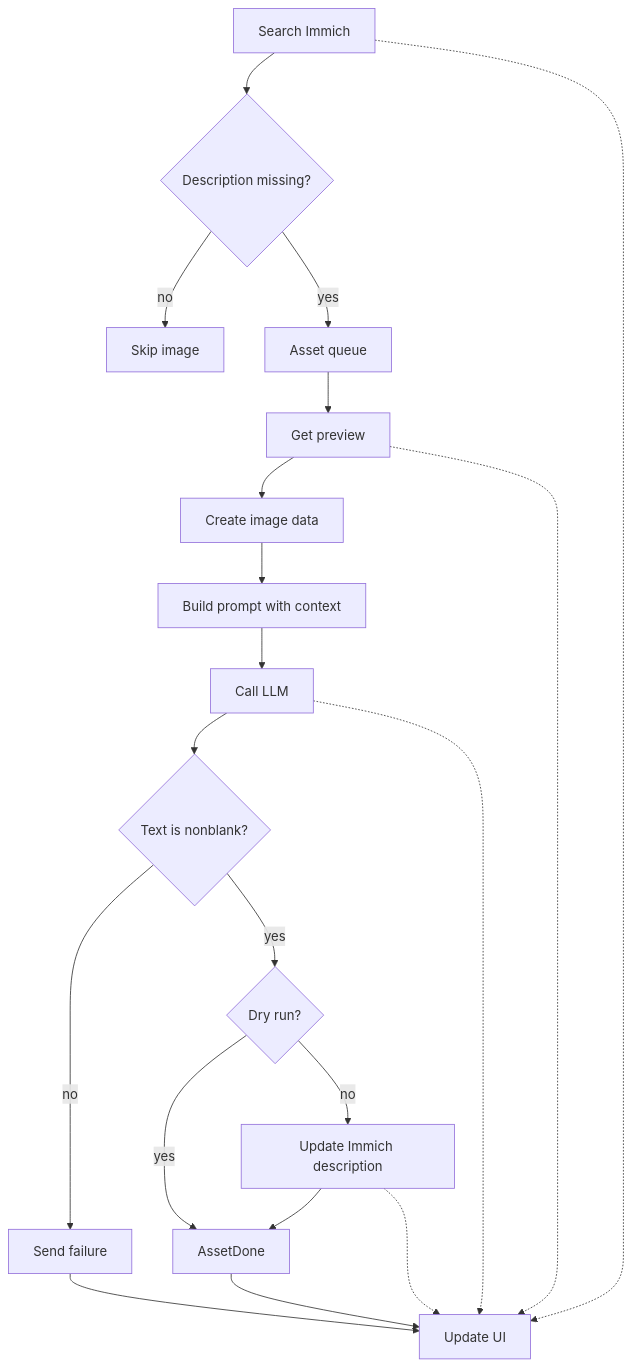
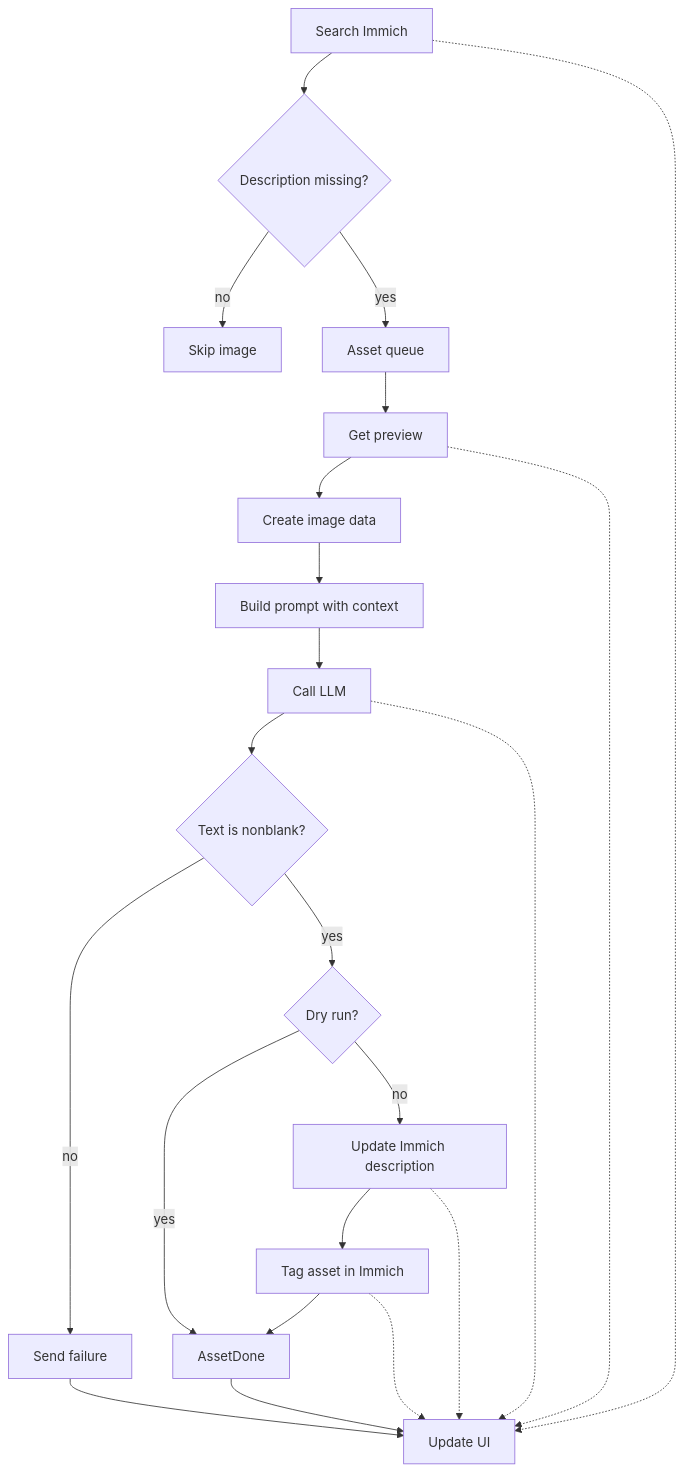
One commit to brunojppb/immich-alt-text changed the fourth of 4 diagrams in ARCHITECTURE.md. Above: the diagram before and after it, drawn with Mermaid. The commit also changed other lines of this file and 24 other files, not shown here.

First line of the commit message:
feat: overwrite mode and an Immich tag for processed assets (#12)

````diff
--- a/ARCHITECTURE.md
+++ b/ARCHITECTURE.md
@@ -244,37 +257,40 @@
 ```mermaid
 flowchart TD
     Search[Search Immich]
     Filter{Description missing?}
     Queue[Asset queue]
     Preview[Get preview]
     Encode[Create image data]
     Prompt[Build prompt with context]
     Complete[Call LLM]
     Text{Text is nonblank?}
     DryRun{Dry run?}
     Write[Update Immich description]
+    Tag[Tag asset in Immich]
     Done[AssetDone]
     Skip[Skip image]
     Fail[Send failure]
     UI[Update UI]
 
     Search --> Filter
     Filter -->|no| Skip
     Filter -->|yes| Queue
     Queue --> Preview
     Preview --> Encode
     Encode --> Prompt
     Prompt --> Complete
     Complete --> Text
     Text -->|no| Fail
     Text -->|yes| DryRun
     DryRun -->|yes| Done
     DryRun -->|no| Write
-    Write --> Done
+    Write --> Tag
+    Tag --> Done
     Search -.-> UI
     Preview -.-> UI
     Complete -.-> UI
     Write -.-> UI
+    Tag -.-> UI
     Done --> UI
     Fail --> UI
 ```
````
